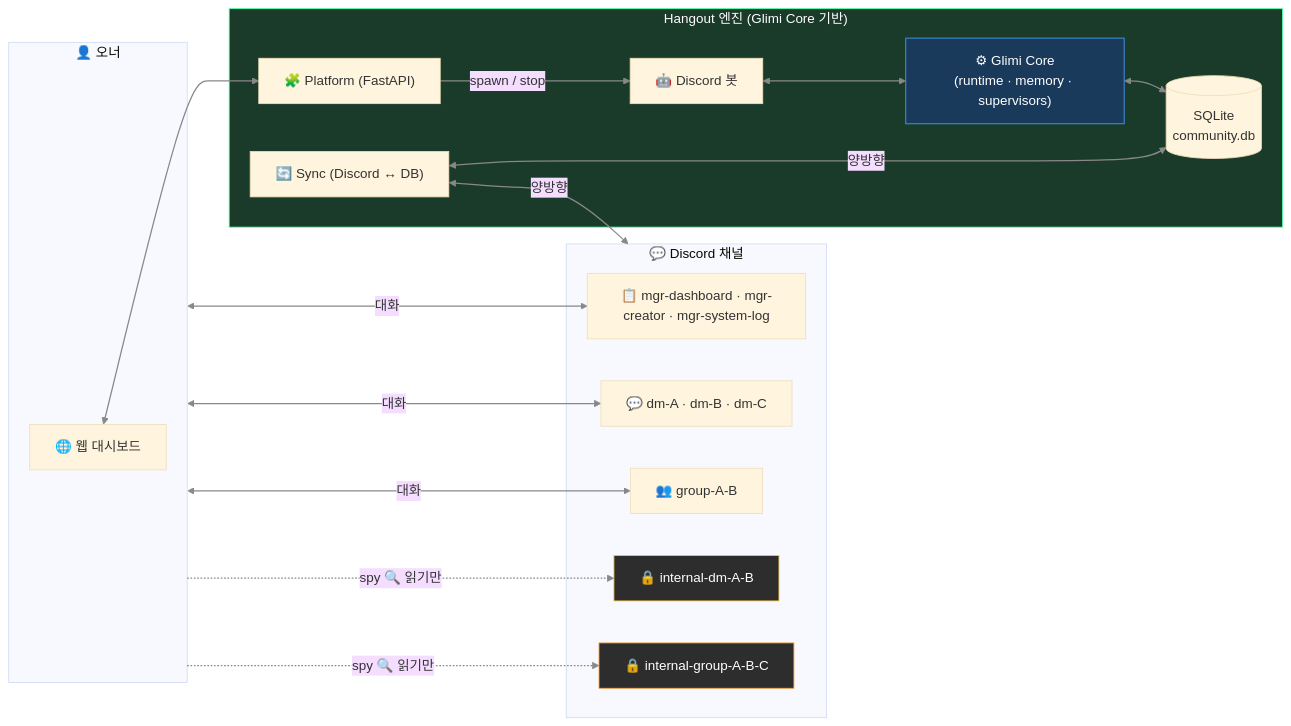
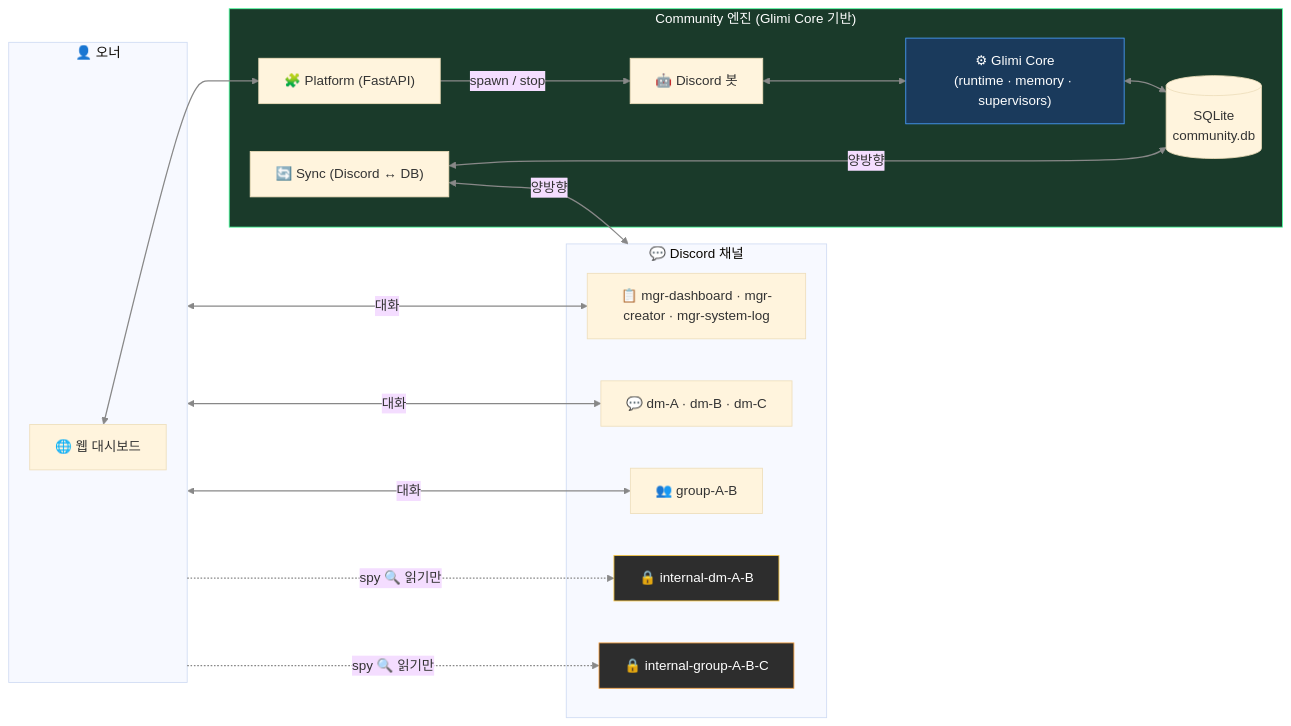
The third of 3 diagrams in README.ko.md (je-empty/Glimi), drawn with Mermaid (base theme) before and after one commit. The commit also changed other lines of this file and 15 other files, not shown here.

First line of the commit message:
rebrand: Glimi Hangout → Glimi Community (앱 명칭 일괄)

````diff
--- a/README.ko.md
+++ b/README.ko.md
@@ -265,36 +265,36 @@
 ```mermaid
 flowchart LR
     linkStyle default stroke:#888,stroke-width:1.5px
     subgraph Owner["👤 오너"]
         Browser["🌐 웹 대시보드"]
     end
 
-    subgraph Engine["Hangout 엔진 (Glimi Core 기반)"]
+    subgraph Engine["Community 엔진 (Glimi Core 기반)"]
         Plat["🧩 Platform (FastAPI)"]
         Bot["🤖 Discord 봇"]
         Core["⚙ Glimi Core<br/>(runtime · memory · supervisors)"]
         DB[("SQLite<br/>community.db")]
         Sync["🔄 Sync (Discord ↔ DB)"]
     end
 
     subgraph Discord["💬 Discord 채널"]
         Mgr["📋 mgr-dashboard · mgr-creator · mgr-system-log"]
         DM["💬 dm-A · dm-B · dm-C"]
         Grp["👥 group-A-B"]
         SecDM["🔒 internal-dm-A-B"]
         SecGrp["🔒 internal-group-A-B-C"]
     end
 
     Browser <--> Plat
     Plat -->|"spawn / stop"| Bot
     Owner <-->|"대화"| Mgr & DM & Grp
     Owner -. "spy 🔍 읽기만" .-> SecDM & SecGrp
     Bot <--> Core
     Core <--> DB
     Sync <-->|"양방향"| DB & Discord
 
     style Engine fill:#1a3a2a,stroke:#4aff9e,color:#fff
     style Core fill:#1a3a5c,stroke:#4a9eff,color:#fff
     style SecDM fill:#2d2d2d,stroke:#f5c542,color:#fff
     style SecGrp fill:#2d2d2d,stroke:#f5a142,color:#fff
 ```
````
